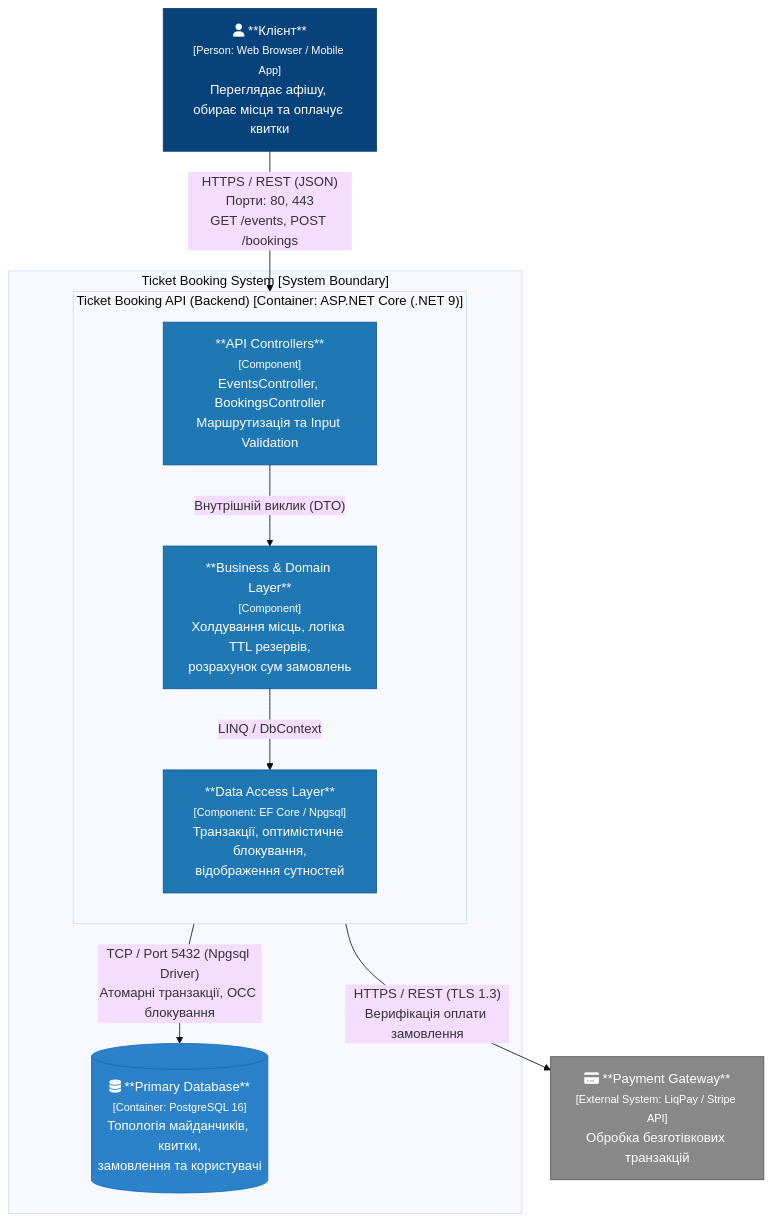
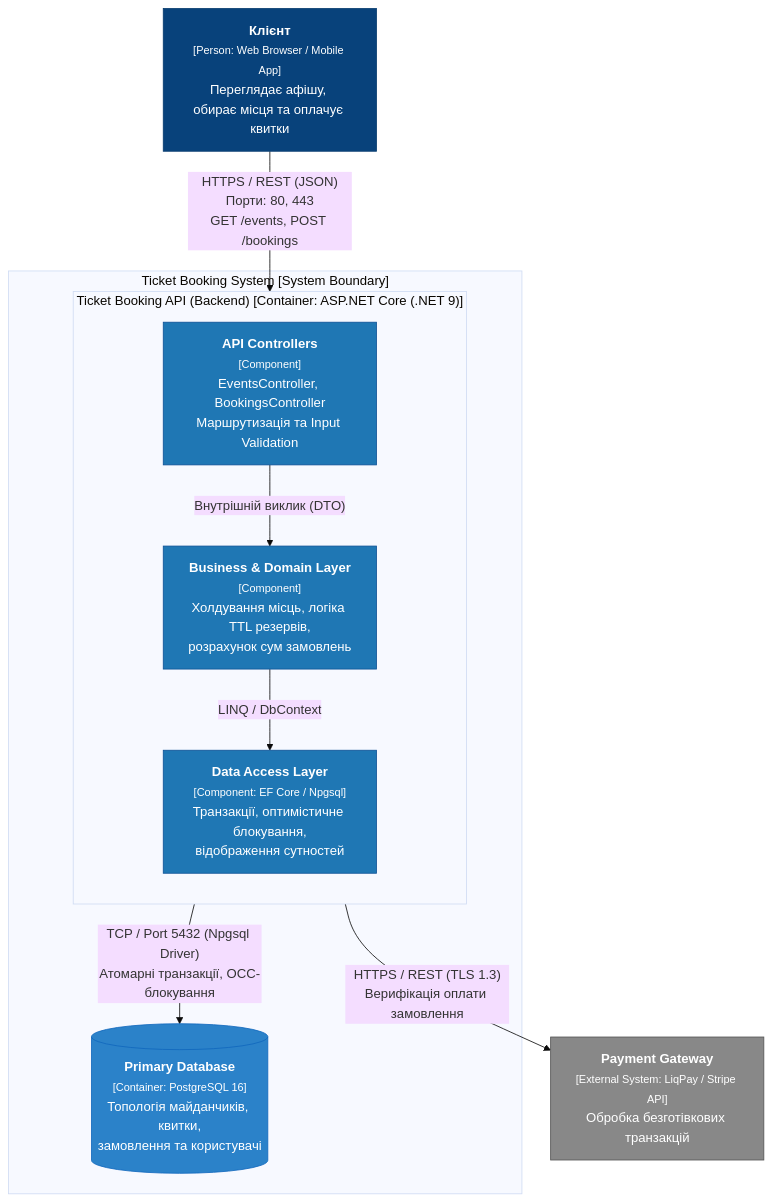
Before and after one commit to katushhiaa/ticket-booking-platform: the second of 3 diagrams in README.md, drawn with Mermaid (base theme). The commit also changed other lines of this file and 2 other files, not shown here.

Commit message:
docs: update README with stateless architecture audit and request flow spec

````diff
--- a/README.md
+++ b/README.md
@@ -15,32 +150,32 @@
 ```mermaid
 flowchart TB
     classDef person fill:#08427b,stroke:#073b6f,color:#fff;
     classDef container fill:#1168bd,stroke:#0e5296,color:#fff;
     classDef component fill:#1f77b4,stroke:#0e5296,color:#fff;
     classDef db fill:#2b82c9,stroke:#1168bd,color:#fff;
     classDef ext fill:#888888,stroke:#555555,color:#fff;
 
-    Customer["fa:fa-user **Клієнт**<br/><small>[Person: Web Browser / Mobile App]</small><br/>Переглядає афішу, обирає місця та оплачує квитки"]:::person
+    Customer["<b>Клієнт</b><br/><small>[Person: Web Browser / Mobile App]</small><br/>Переглядає афішу, обирає місця та оплачує квитки"]:::person
 
     subgraph SystemBoundary ["Ticket Booking System [System Boundary]"]
-        
+
         subgraph ApiContainer ["Ticket Booking API (Backend) [Container: ASP.NET Core (.NET 9)]"]
             direction TB
-            Controller["**API Controllers**<br/><small>[Component]</small><br/>EventsController, BookingsController<br/>Маршрутизація та Input Validation"]:::component
-            Service["**Business & Domain Layer**<br/><small>[Component]</small><br/>Холдування місць, логіка TTL резервів,<br/>розрахунок сум замовлень"]:::component
-            DataAccess["**Data Access Layer**<br/><small>[Component: EF Core / Npgsql]</small><br/>Транзакції, оптимістичне блокування,<br/>відображення сутностей"]:::component
+            Controller["<b>API Controllers</b><br/><small>[Component]</small><br/>EventsController, BookingsController<br/>Маршрутизація та Input Validation"]:::component
+            Service["<b>Business & Domain Layer</b><br/><small>[Component]</small><br/>Холдування місць, логіка TTL резервів,<br/>розрахунок сум замовлень"]:::component
+            DataAccess["<b>Data Access Layer</b><br/><small>[Component: EF Core / Npgsql]</small><br/>Транзакції, оптимістичне блокування,<br/>відображення сутностей"]:::component
 
             Controller -->|"Внутрішній виклик (DTO)"| Service
             Service -->|"LINQ / DbContext"| DataAccess
         end
 
-        Db[("fa:fa-database **Primary Database**<br/><small>[Container: PostgreSQL 16]</small><br/>Топологія майданчиків, квитки,<br/>замовлення та користувачі")]:::db
+        Db[("<b>Primary Database</b><br/><small>[Container: PostgreSQL 16]</small><br/>Топологія майданчиків, квитки,<br/>замовлення та користувачі")]:::db
 
     end
 
-    PaymentGateway["fa:fa-credit-card **Payment Gateway**<br/><small>[External System: LiqPay / Stripe API]</small><br/>Обробка безготівкових транзакцій"]:::ext
+    PaymentGateway["<b>Payment Gateway</b><br/><small>[External System: LiqPay / Stripe API]</small><br/>Обробка безготівкових транзакцій"]:::ext
 
     Customer -->|"HTTPS / REST (JSON)<br/>Порти: 80, 443<br/>GET /events, POST /bookings"| Controller
-    DataAccess -->|"TCP / Port 5432 (Npgsql Driver)<br/>Атомарні транзакції, OCC блокування"| Db
+    DataAccess -->|"TCP / Port 5432 (Npgsql Driver)<br/>Атомарні транзакції, OCC-блокування"| Db
     Service -->|"HTTPS / REST (TLS 1.3)<br/>Верифікація оплати замовлення"| PaymentGateway
 ```
````
